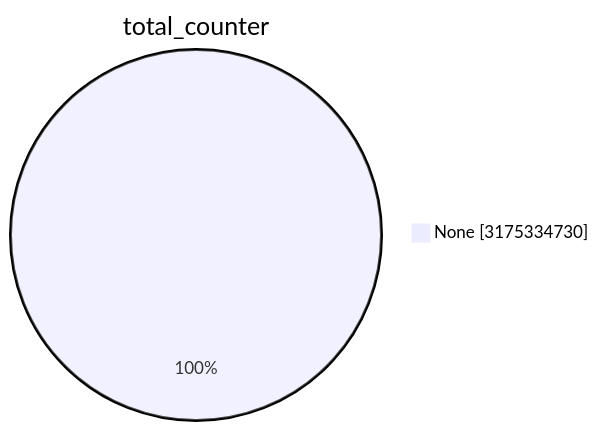
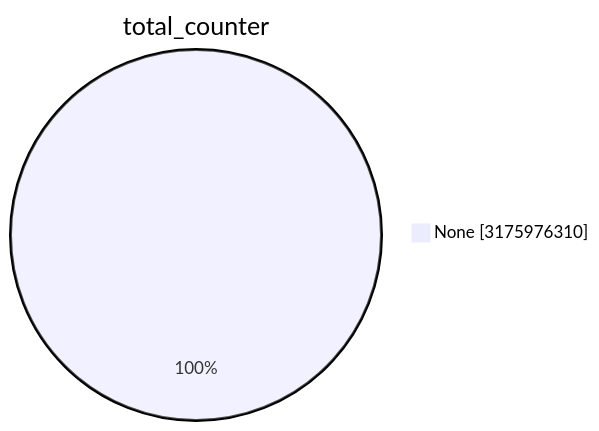
One commit to christiankrug/ctmonitor_visualization changed the first of 15 diagrams in TOTAL/README.md. Above: the diagram before and after it, drawn with Mermaid. The commit also changed other lines of this file, not shown here.

````diff
--- a/TOTAL/README.md
+++ b/TOTAL/README.md
@@ -1,5 +1,5 @@
 ```mermaid
 pie showData
 title total_counter
-"None" :3175334730
+"None" :3175976310
 ```
````
